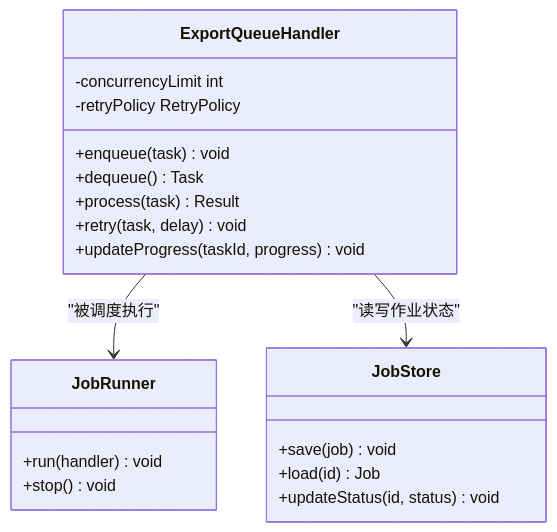
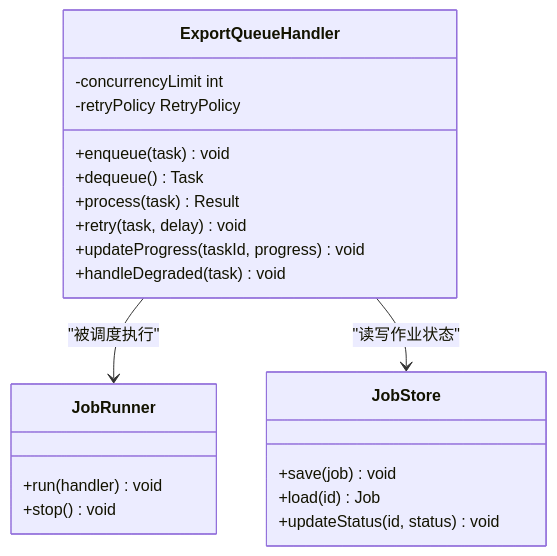
The fourth of 9 diagrams in .qoder/repowiki/zh/content/渲染引擎/导出服务.md (scottcwy/PurpleInk), drawn with Mermaid before and after one commit. The commit also changed other lines of this file and 109 other files, not shown here.

````diff
--- a/.qoder/repowiki/zh/content/渲染引擎/导出服务.md
+++ b/.qoder/repowiki/zh/content/渲染引擎/导出服务.md
@@ -237,23 +268,24 @@
 ```mermaid
 classDiagram
 class ExportQueueHandler {
 +enqueue(task) void
 +dequeue() Task
 +process(task) Result
 +retry(task, delay) void
 +updateProgress(taskId, progress) void
++handleDegraded(task) void
 -concurrencyLimit int
 -retryPolicy RetryPolicy
 }
 class JobRunner {
 +run(handler) void
 +stop() void
 }
 class JobStore {
 +save(job) void
 +load(id) Job
 +updateStatus(id, status) void
 }
 ExportQueueHandler --> JobRunner : "被调度执行"
 ExportQueueHandler --> JobStore : "读写作业状态"
 ```
````
